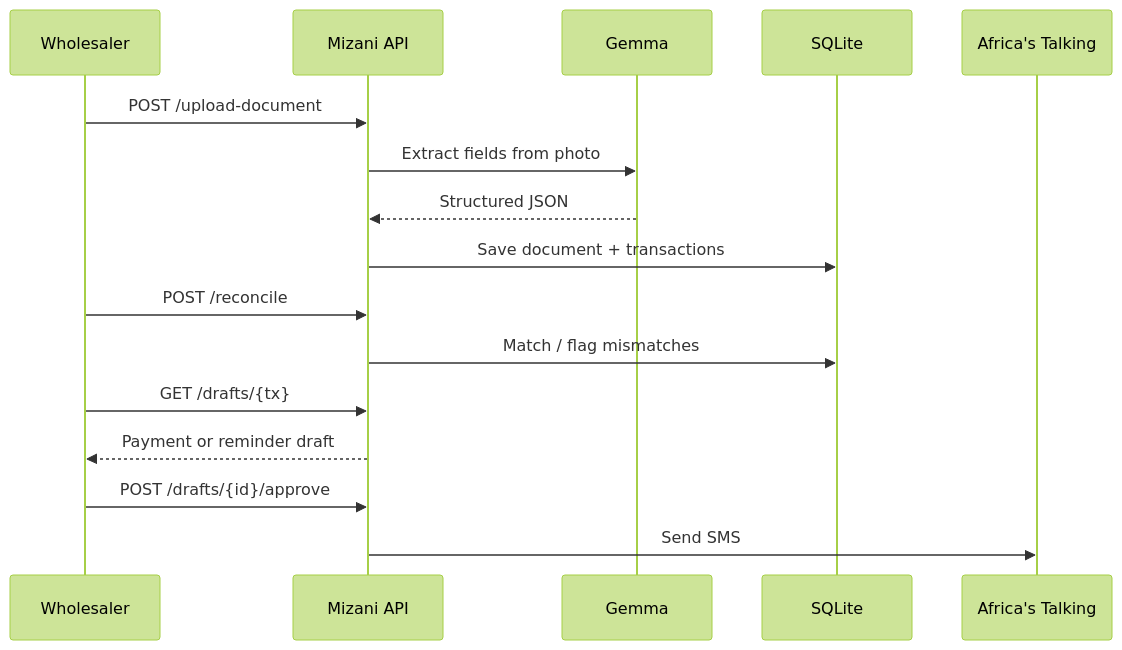
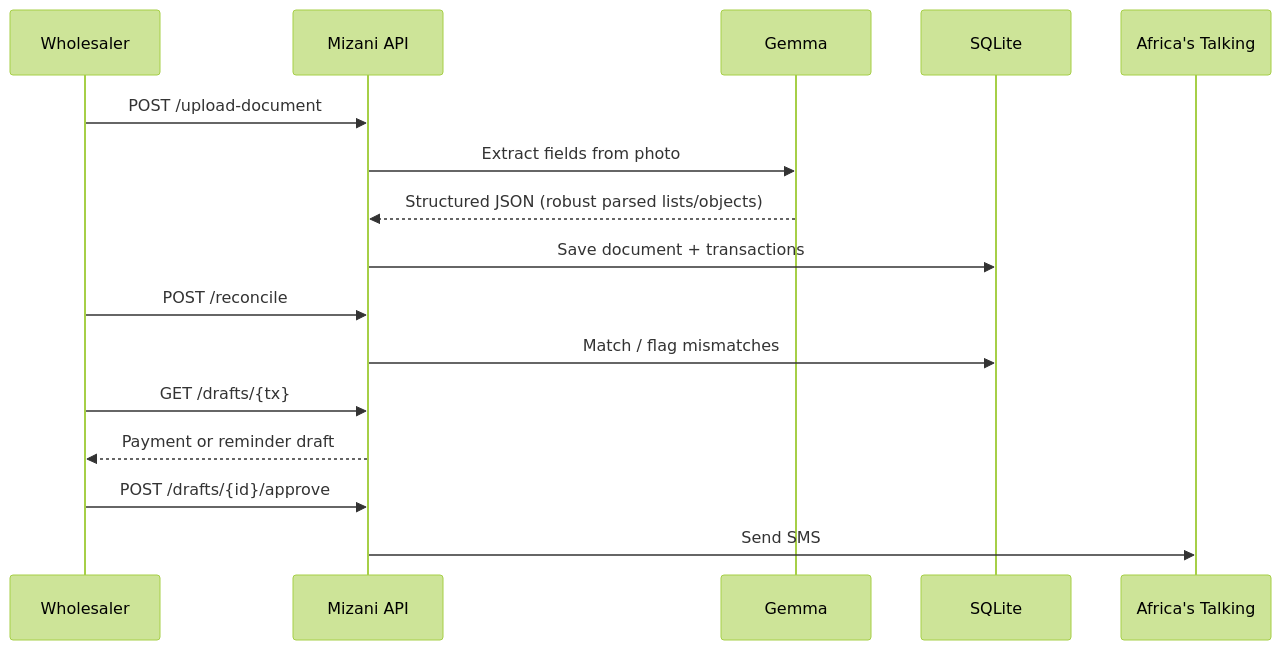
Before and after one commit to Nosh-thee-techy/mizani: the second of 4 diagrams in README.md, drawn with Mermaid (forest theme). The commit also changed other lines of this file and 167 other files, not shown here.

````diff
--- a/README.md
+++ b/README.md
@@ -57,19 +74,19 @@
 ```mermaid
 sequenceDiagram
   participant W as Wholesaler
   participant API as Mizani API
   participant Gemma as Gemma
   participant DB as SQLite
   participant AT as Africa's Talking
 
   W->>API: POST /upload-document
   API->>Gemma: Extract fields from photo
-  Gemma-->>API: Structured JSON
+  Gemma-->>API: Structured JSON (robust parsed lists/objects)
   API->>DB: Save document + transactions
   W->>API: POST /reconcile
   API->>DB: Match / flag mismatches
   W->>API: GET /drafts/{tx}
   API-->>W: Payment or reminder draft
   W->>API: POST /drafts/{id}/approve
   API->>AT: Send SMS
 ```
````
